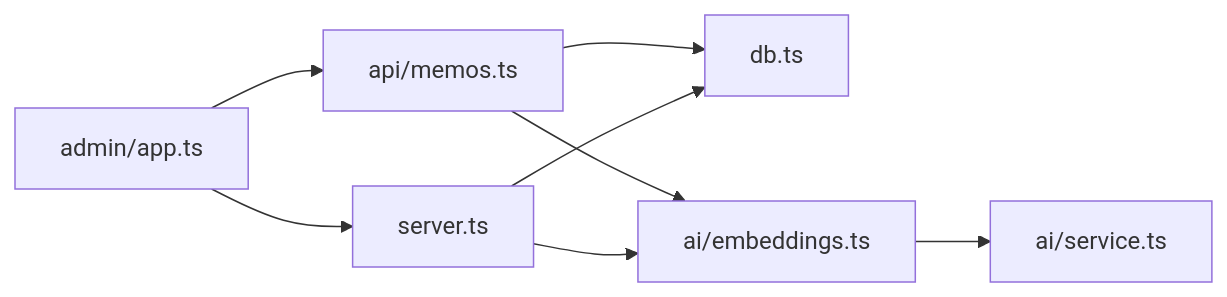
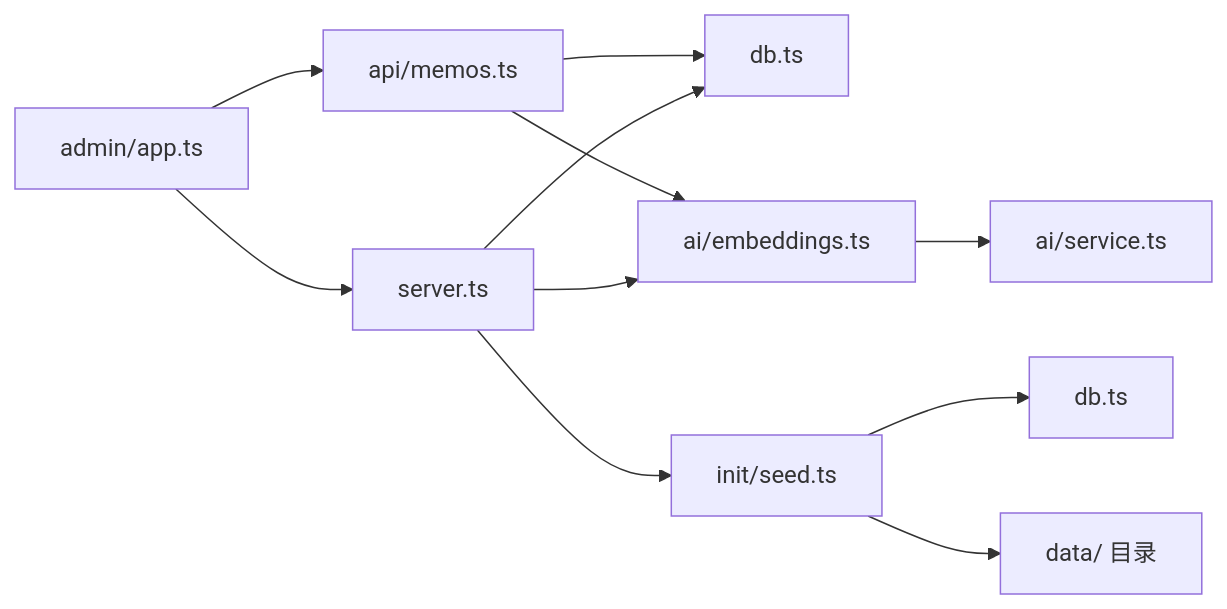
One commit to BlackBoxRecorder/memos changed the sixth of 6 diagrams in .qoder/repowiki/zh/content/架构设计/数据库设计.md. Above: the diagram before and after it, drawn with Mermaid. The commit also changed other lines of this file and 7 other files, not shown here.

````diff
--- a/.qoder/repowiki/zh/content/架构设计/数据库设计.md
+++ b/.qoder/repowiki/zh/content/架构设计/数据库设计.md
@@ -304,10 +362,13 @@
 ```mermaid
 graph LR
 A["api/memos.ts"] --> B["db.ts"]
 A --> C["ai/embeddings.ts"]
 C --> D["ai/service.ts"]
 E["server.ts"] --> B
 E --> C
-F["admin/app.ts"] --> A
-F --> E
+E --> F["init/seed.ts"]
+F --> G["db.ts"]
+F --> H["data/ 目录"]
+I["admin/app.ts"] --> A
+I --> E
 ```
````
